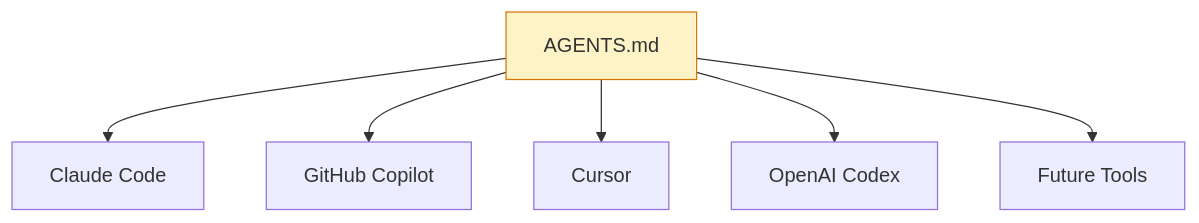
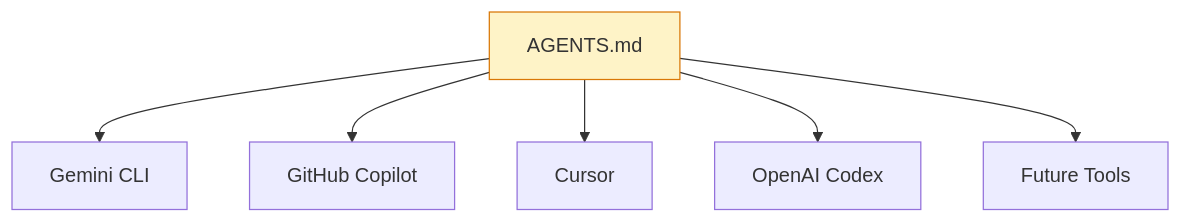
The first of 2 diagrams in Part 1 — Foundations/03-agents-md.md (mariusjcb/gh-agentic-code-guides), drawn with Mermaid before and after one commit. The commit also changed other lines of this file and 6 other files, not shown here.

First line of the commit message:
Adapt Part 1 remaining, Part 4, and Part 5 scenario files for Gemini CLI

````diff
--- a/Part 1 — Foundations/03-agents-md.md
+++ b/Part 1 — Foundations/03-agents-md.md
@@ -13,10 +13,10 @@
 ```mermaid
 flowchart TD
-    A[AGENTS.md] --> B[Claude Code]
+    A[AGENTS.md] --> B[Gemini CLI]
     A --> C[GitHub Copilot]
     A --> D[Cursor]
     A --> E[OpenAI Codex]
     A --> F[Future Tools]
 
     style A fill:#fef3c7,stroke:#d97706
 ```
````
